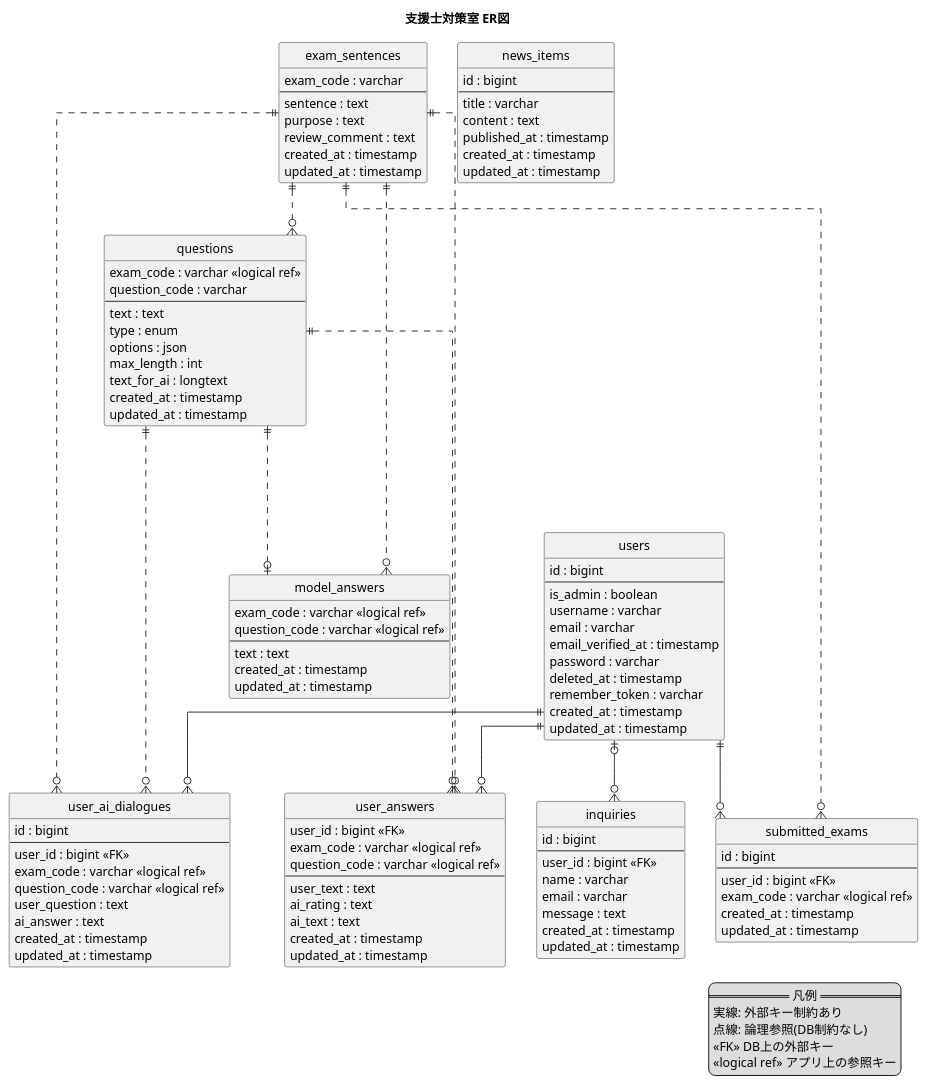
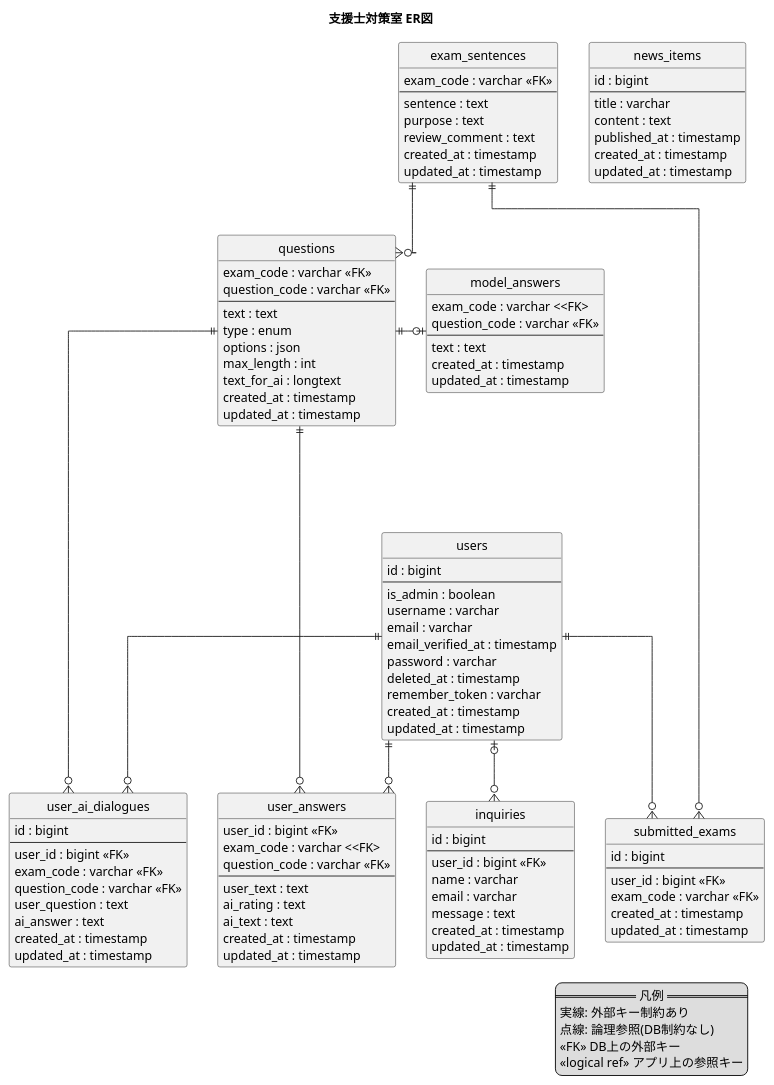
The diagram in docs/er.puml (progundeike/shienshi-app), drawn with PlantUML before and after one commit. The commit also changed 1 other file, not shown here.

```diff
--- a/docs/er.puml
+++ b/docs/er.puml
@@ -1,130 +1,127 @@
 @startuml er
 title 支援士対策室 ER図
 hide circle
 skinparam linetype ortho
 skinparam shadowing false
 
 legend right
   == 凡例 ==
   実線: 外部キー制約あり
   点線: 論理参照(DB制約なし)
   <<FK>> DB上の外部キー
   <<logical ref>> アプリ上の参照キー
 endlegend
 
 entity "users" as users {
   id : bigint
   --
   is_admin : boolean
   username : varchar
   email : varchar
   email_verified_at : timestamp
   password : varchar
   deleted_at : timestamp
   remember_token : varchar
   created_at : timestamp
   updated_at : timestamp
 }
 
 entity "exam_sentences" as exam_sentences {
-  exam_code : varchar
+  exam_code : varchar <<FK>>
   --
   sentence : text
   purpose : text
   review_comment : text
   created_at : timestamp
   updated_at : timestamp
 }
 
 entity "questions" as questions {
-  exam_code : varchar <<logical ref>>
-  question_code : varchar
+  exam_code : varchar <<FK>>
+  question_code : varchar <<FK>>
   --
   text : text
   type : enum
   options : json
   max_length : int
   text_for_ai : longtext
   created_at : timestamp
   updated_at : timestamp
 }
 
 entity "model_answers" as model_answers {
-  exam_code : varchar <<logical ref>>
-  question_code : varchar <<logical ref>>
+  exam_code : varchar <<FK>
+  question_code : varchar <<FK>>
   --
   text : text
   created_at : timestamp
   updated_at : timestamp
 }
 
 entity "user_answers" as user_answers {
   user_id : bigint <<FK>>
-  exam_code : varchar <<logical ref>>
-  question_code : varchar <<logical ref>>
+  exam_code : varchar <<FK>
+  question_code : varchar <<FK>>
   --
   user_text : text
   ai_rating : text
   ai_text : text
   created_at : timestamp
   updated_at : timestamp
 }
 
 entity "user_ai_dialogues" as user_ai_dialogues {
   id : bigint
   --
   user_id : bigint <<FK>>
-  exam_code : varchar <<logical ref>>
-  question_code : varchar <<logical ref>>
+  exam_code : varchar <<FK>>
+  question_code : varchar <<FK>>
   user_question : text
   ai_answer : text
   created_at : timestamp
   updated_at : timestamp
 }
 
 entity "submitted_exams" as submitted_exams {
   id : bigint
   --
   user_id : bigint <<FK>>
-  exam_code : varchar <<logical ref>>
+  exam_code : varchar <<FK>>
   created_at : timestamp
   updated_at : timestamp
 }
 
 entity "inquiries" as inquiries {
   id : bigint
   --
   user_id : bigint <<FK>>
   name : varchar
   email : varchar
   message : text
   created_at : timestamp
   updated_at : timestamp
 }
 
 entity "news_items" as news_items {
   id : bigint
   --
   title : varchar
   content : text
   published_at : timestamp
   created_at : timestamp
   updated_at : timestamp
 }
 
 users ||--o{ user_answers
 users ||--o{ user_ai_dialogues
 users ||--o{ submitted_exams
 users |o--o{ inquiries
 
-exam_sentences ||..o{ questions
-exam_sentences ||..o{ submitted_exams
-exam_sentences ||..down..o{ model_answers
-exam_sentences ||..right..o{ user_answers
-exam_sentences ||..right..o{ user_ai_dialogues
+exam_sentences ||--o{ questions
+exam_sentences ||--o{ submitted_exams
 
-questions ||..right..o| model_answers
-questions ||..down..o{ user_answers
-questions ||..down..o{ user_ai_dialogues
+questions ||--right--o| model_answers
+questions ||--down--o{ user_answers
+questions ||--down--o{ user_ai_dialogues
 
 @enduml
```
